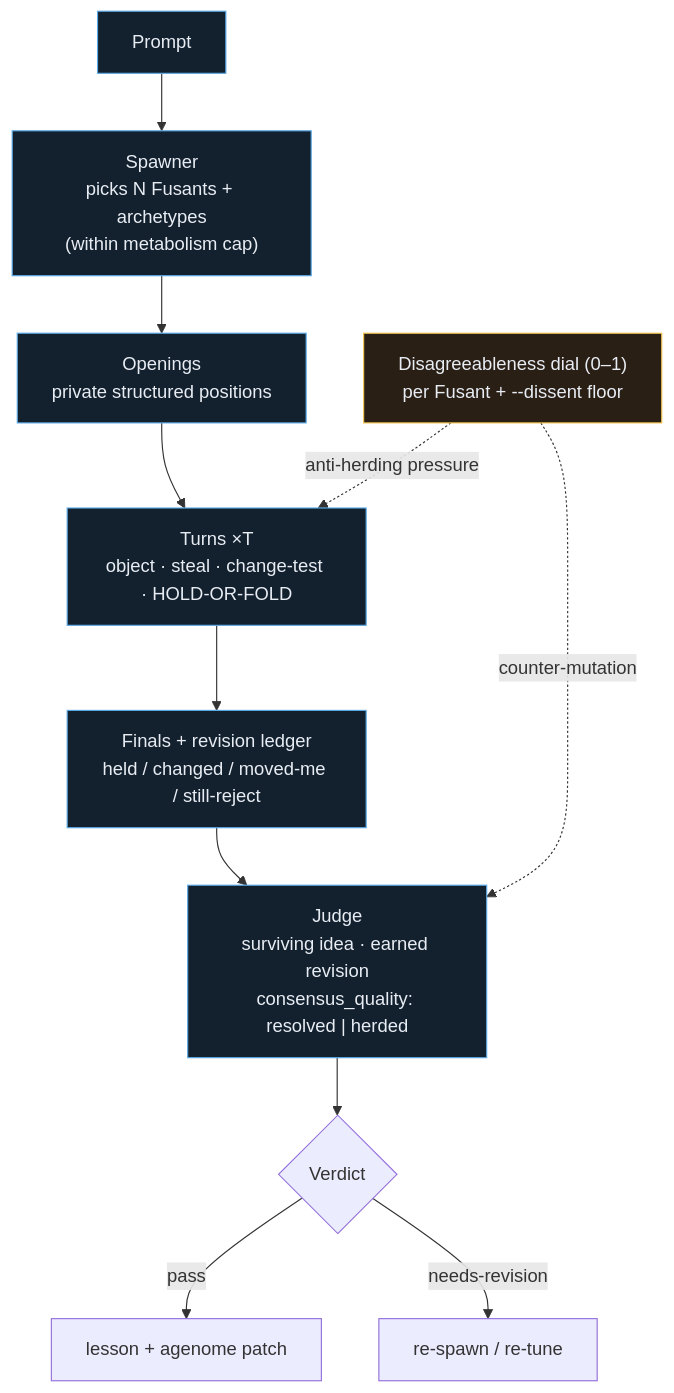
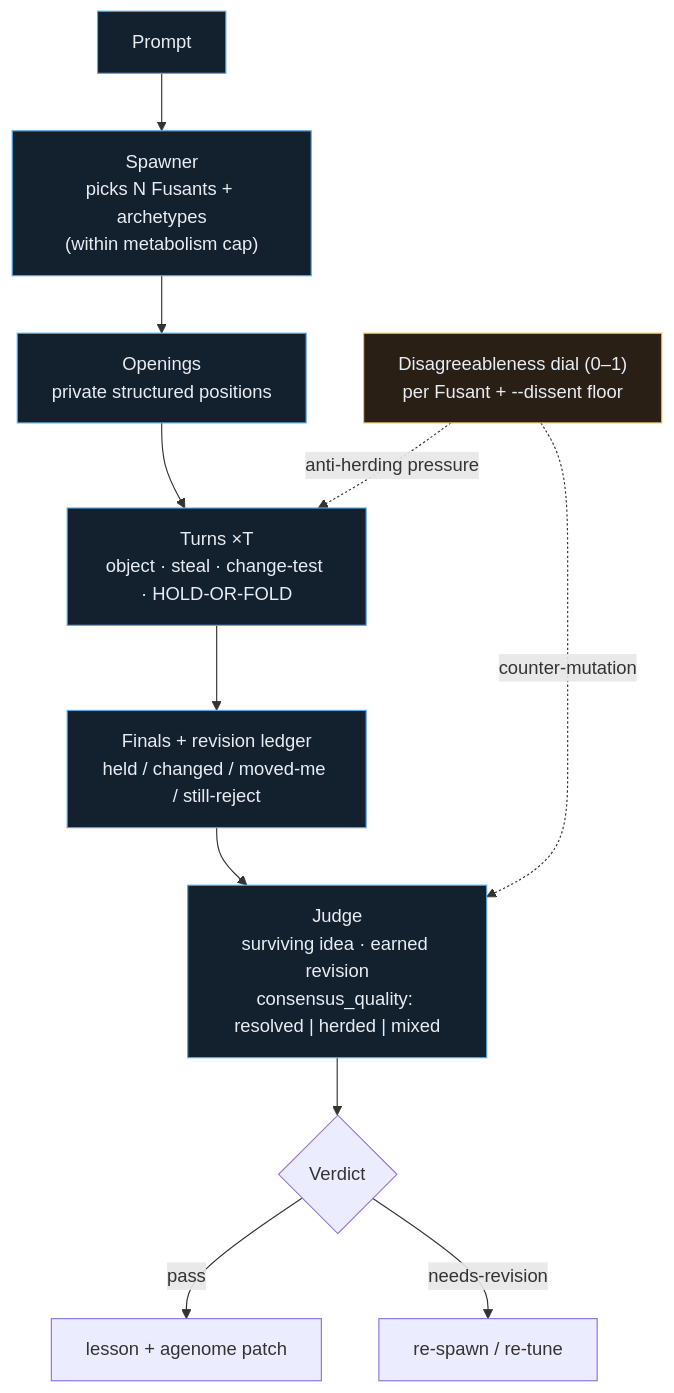
One commit to Doppl-Life/mh-doppl-spike changed the fifth of 9 diagrams in DIAGRAMS.md. Above: the diagram before and after it, drawn with Mermaid. The commit also changed 7 other files, not shown here.

````diff
--- a/DIAGRAMS.md
+++ b/DIAGRAMS.md
@@ -141,20 +141,20 @@
 ```mermaid
 flowchart TB
   P["Prompt"] --> SP["Spawner<br/>picks N Fusants + archetypes<br/>(within metabolism cap)"]
   SP --> OP["Openings<br/>private structured positions"]
   OP --> TU["Turns ×T<br/>object · steal · change-test · HOLD-OR-FOLD"]
   TU --> FI["Finals + revision ledger<br/>held / changed / moved-me / still-reject"]
-  FI --> JU["Judge<br/>surviving idea · earned revision<br/>consensus_quality: resolved | herded"]
+  FI --> JU["Judge<br/>surviving idea · earned revision<br/>consensus_quality: resolved | herded | mixed"]
   JU --> V{"Verdict"}
   V -->|"pass"| KEEP["lesson + agenome patch"]
   V -->|"needs-revision"| BACK["re-spawn / re-tune"]
 
   DIAL["Disagreeableness dial (0–1)<br/>per Fusant + --dissent floor"]
   DIAL -.->|"anti-herding pressure"| TU
   DIAL -.->|"counter-mutation"| JU
 
   classDef step fill:#13202e,stroke:#5aa9e6,color:#e8edf4;
   classDef dial fill:#2a1f15,stroke:#f5c451,color:#e8edf4;
   class P,SP,OP,TU,FI,JU step;
   class DIAL dial;
 ```
````
